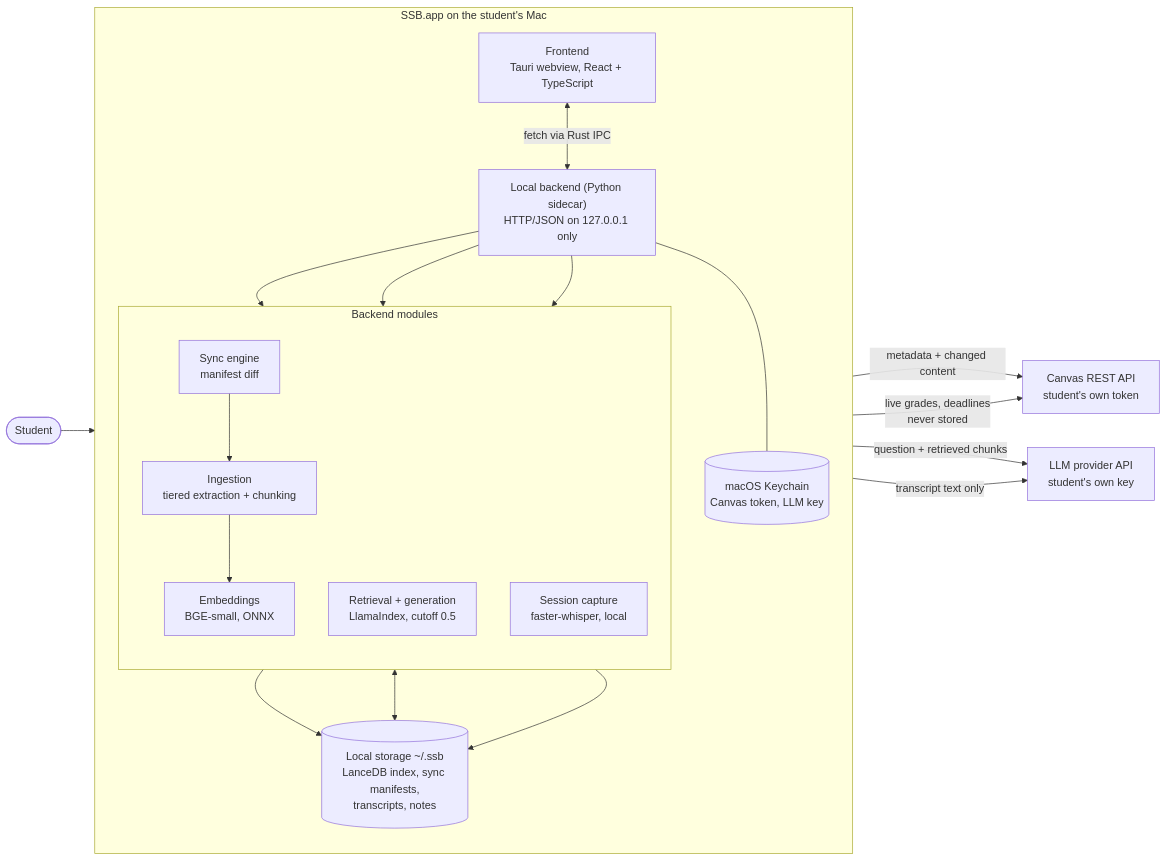
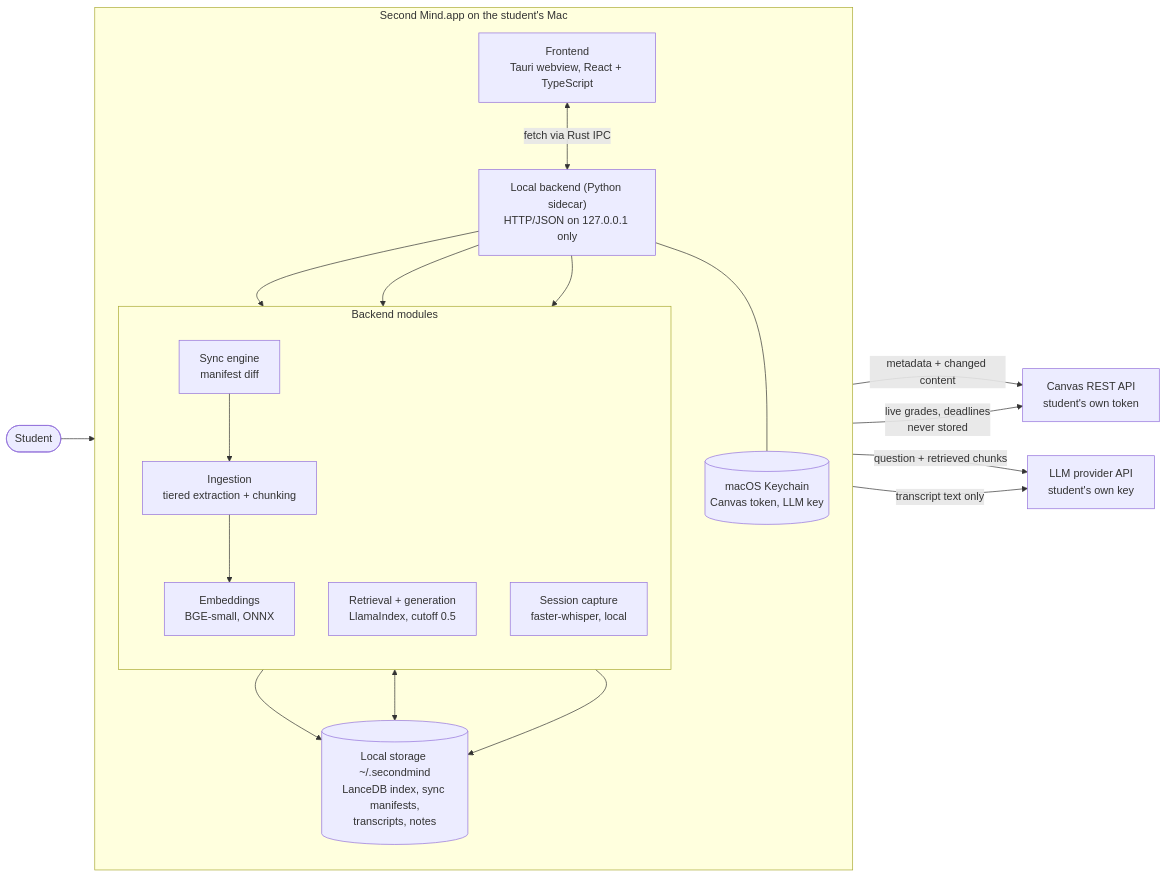
One commit to aljawetz/second-mind changed the diagram in docs/architecture/design-document.md. Above: the diagram before and after it, drawn with Mermaid. The commit also changed other lines of this file and 56 other files, not shown here.

````diff
--- a/docs/architecture/design-document.md
+++ b/docs/architecture/design-document.md
@@ -25,37 +25,37 @@
 ```mermaid
 flowchart LR
     student([Student])
 
-    subgraph app["SSB.app on the student's Mac"]
+    subgraph app["Second Mind.app on the student's Mac"]
         direction TB
         ui["Frontend<br/>Tauri webview, React + TypeScript"]
         api["Local backend (Python sidecar)<br/>HTTP/JSON on 127.0.0.1 only"]
         subgraph pipes["Backend modules"]
             direction TB
             sync["Sync engine<br/>manifest diff"]
             ingest["Ingestion<br/>tiered extraction + chunking"]
             embed["Embeddings<br/>BGE-small, ONNX"]
             rag["Retrieval + generation<br/>LlamaIndex, cutoff 0.5"]
             capture["Session capture<br/>faster-whisper, local"]
         end
-        store[("Local storage ~/.ssb<br/>LanceDB index, sync manifests,<br/>transcripts, notes")]
+        store[("Local storage ~/.secondmind<br/>LanceDB index, sync manifests,<br/>transcripts, notes")]
         kc[("macOS Keychain<br/>Canvas token, LLM key")]
     end
 
     canvas["Canvas REST API<br/>student's own token"]
     llm["LLM provider API<br/>student's own key"]
 
     student --> ui
     ui <-->|"fetch via Rust IPC"| api
     api --> sync
     sync -->|"metadata + changed content"| canvas
     sync --> ingest --> embed --> store
     api --> rag
     rag <--> store
     rag -->|"question + retrieved chunks"| llm
     api --> capture
     capture --> store
     capture -->|"transcript text only"| llm
     api -->|"live grades, deadlines<br/>never stored"| canvas
     api --- kc
 ```
````
